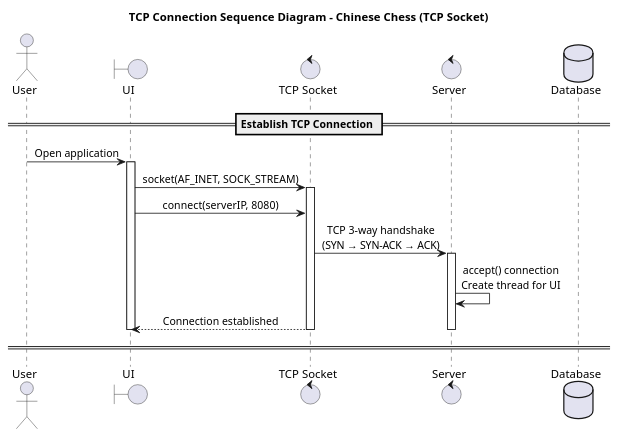
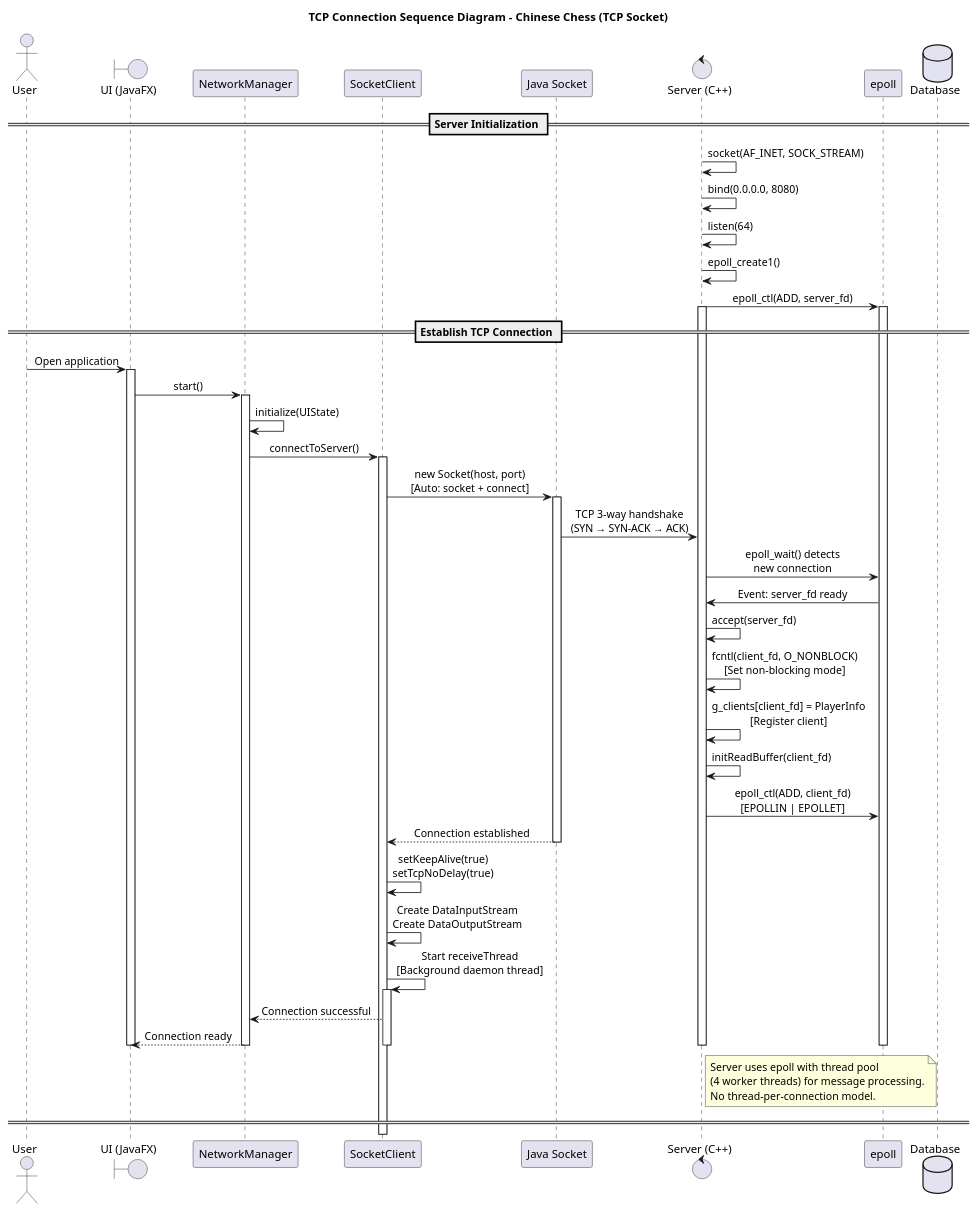
The diagram in docs/SequenceDiagram/establishTCPConnection.puml (StrongDZ/Chinese-chess-nework-programming), drawn with PlantUML before and after one commit. The commit also changed 18 other files, not shown here.

```diff
--- a/docs/SequenceDiagram/establishTCPConnection.puml
+++ b/docs/SequenceDiagram/establishTCPConnection.puml
@@ -1,31 +1,71 @@
 @startuml
 title TCP Connection Sequence Diagram - Chinese Chess (TCP Socket)
 
 skinparam sequenceMessageAlign center
 skinparam responseMessageBelowArrow true
 
 actor User
-boundary "UI" as UI
-control "TCP Socket" as Socket
-control "Server" as Server
+boundary "UI (JavaFX)" as UI
+participant "NetworkManager" as NM
+participant "SocketClient" as SC
+participant "Java Socket" as JSocket
+control "Server (C++)" as Server
+participant "epoll" as Epoll
 database "Database" as DB
+
+== Server Initialization ==
+Server -> Server: socket(AF_INET, SOCK_STREAM)
+Server -> Server: bind(0.0.0.0, 8080)
+Server -> Server: listen(64)
+Server -> Server: epoll_create1()
+Server -> Epoll: epoll_ctl(ADD, server_fd)
+activate Server
+activate Epoll
 
 == Establish TCP Connection ==
 User -> UI: Open application
 activate UI
 
-UI -> Socket: socket(AF_INET, SOCK_STREAM)
-activate Socket
-UI -> Socket: connect(serverIP, 8080)
+UI -> NM: start()
+activate NM
+NM -> NM: initialize(UIState)
+NM -> SC: connectToServer()
+activate SC
 
-Socket -> Server: TCP 3-way handshake\n(SYN → SYN-ACK → ACK)
-activate Server
+SC -> JSocket: new Socket(host, port)\n[Auto: socket + connect]
+activate JSocket
+JSocket -> Server: TCP 3-way handshake\n(SYN → SYN-ACK → ACK)
 
-Server -> Server: accept() connection\nCreate thread for UI
-Socket --> UI: Connection established
-deactivate Socket
+Server -> Epoll: epoll_wait() detects\nnew connection
+Epoll -> Server: Event: server_fd ready
 
+Server -> Server: accept(server_fd)
+Server -> Server: fcntl(client_fd, O_NONBLOCK)\n[Set non-blocking mode]
+Server -> Server: g_clients[client_fd] = PlayerInfo\n[Register client]
+Server -> Server: initReadBuffer(client_fd)
+Server -> Epoll: epoll_ctl(ADD, client_fd)\n[EPOLLIN | EPOLLET]
+
+JSocket --> SC: Connection established
+deactivate JSocket
+
+SC -> SC: setKeepAlive(true)\nsetTcpNoDelay(true)
+SC -> SC: Create DataInputStream\nCreate DataOutputStream
+SC -> SC: Start receiveThread\n[Background daemon thread]
+activate SC
+
+SC --> NM: Connection successful
+NM --> UI: Connection ready
+deactivate SC
+
+note right of Server
+  Server uses epoll with thread pool
+  (4 worker threads) for message processing.
+  No thread-per-connection model.
+end note
+
+deactivate NM
 deactivate UI
 deactivate Server
+deactivate Epoll
 == ==
 @enduml
```
